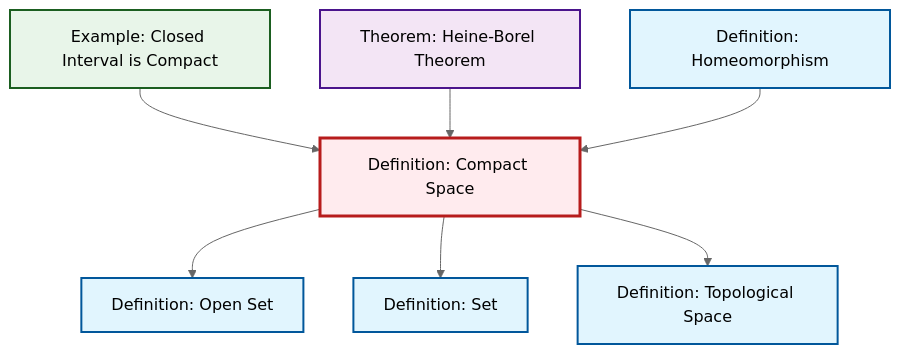
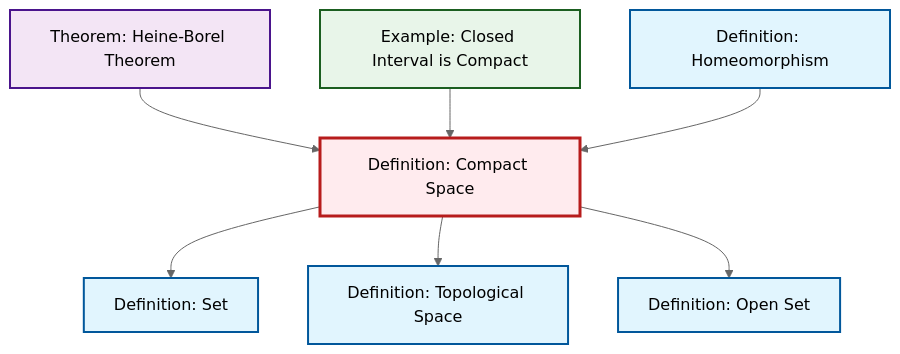
The diagram in content/en/topology/def-compact.qmd (RK0429/ModernMath), drawn with Mermaid (neutral theme) before and after one commit. The commit also changed other lines of this file and 497 other files, not shown here.

````diff
--- a/content/en/topology/def-compact.qmd
+++ b/content/en/topology/def-compact.qmd
@@ -48,29 +48,29 @@
 ```{mermaid}
 %%| fig-cap: "Local dependency graph"
 graph TD
     classDef definition fill:#e1f5fe,stroke:#01579b,stroke-width:2px
     classDef theorem fill:#f3e5f5,stroke:#4a148c,stroke-width:2px
     classDef axiom fill:#fff3e0,stroke:#e65100,stroke-width:2px
     classDef example fill:#e8f5e9,stroke:#1b5e20,stroke-width:2px
     classDef current fill:#ffebee,stroke:#b71c1c,stroke-width:3px
+    def-compact["Definition: Compact Space"]:::definition
+    def-set["Definition: Set"]:::definition
+    ex-closed-interval-compact["Example: Closed Interval is Compact"]:::example
+    def-homeomorphism["Definition: Homeomorphism"]:::definition
+    def-topological-space["Definition: Topological Space"]:::definition
     thm-heine-borel["Theorem: Heine-Borel Theorem"]:::theorem
     def-open-set["Definition: Open Set"]:::definition
-    def-topological-space["Definition: Topological Space"]:::definition
-    def-compact["Definition: Compact Space"]:::definition
-    def-homeomorphism["Definition: Homeomorphism"]:::definition
-    ex-closed-interval-compact["Example: Closed Interval is Compact"]:::example
-    def-set["Definition: Set"]:::definition
-    def-compact --> def-open-set
-    ex-closed-interval-compact --> def-compact
     thm-heine-borel --> def-compact
     def-compact --> def-set
+    ex-closed-interval-compact --> def-compact
+    def-compact --> def-topological-space
+    def-compact --> def-open-set
     def-homeomorphism --> def-compact
-    def-compact --> def-topological-space
     class def-compact current
+    click def-set "def-set.html" "Go to Set definition"
+    click ex-closed-interval-compact "ex-closed-interval-compact.html" "Go to Closed Interval is Compact example"
+    click def-homeomorphism "def-homeomorphism.html" "Go to Homeomorphism definition"
+    click def-topological-space "def-topological-space.html" "Go to Topological Space definition"
     click thm-heine-borel "thm-heine-borel.html" "Go to Heine-Borel Theorem theorem"
     click def-open-set "def-open-set.html" "Go to Open Set definition"
-    click def-topological-space "def-topological-space.html" "Go to Topological Space definition"
-    click def-homeomorphism "def-homeomorphism.html" "Go to Homeomorphism definition"
-    click ex-closed-interval-compact "ex-closed-interval-compact.html" "Go to Closed Interval is Compact example"
-    click def-set "def-set.html" "Go to Set definition"
 ```
````
